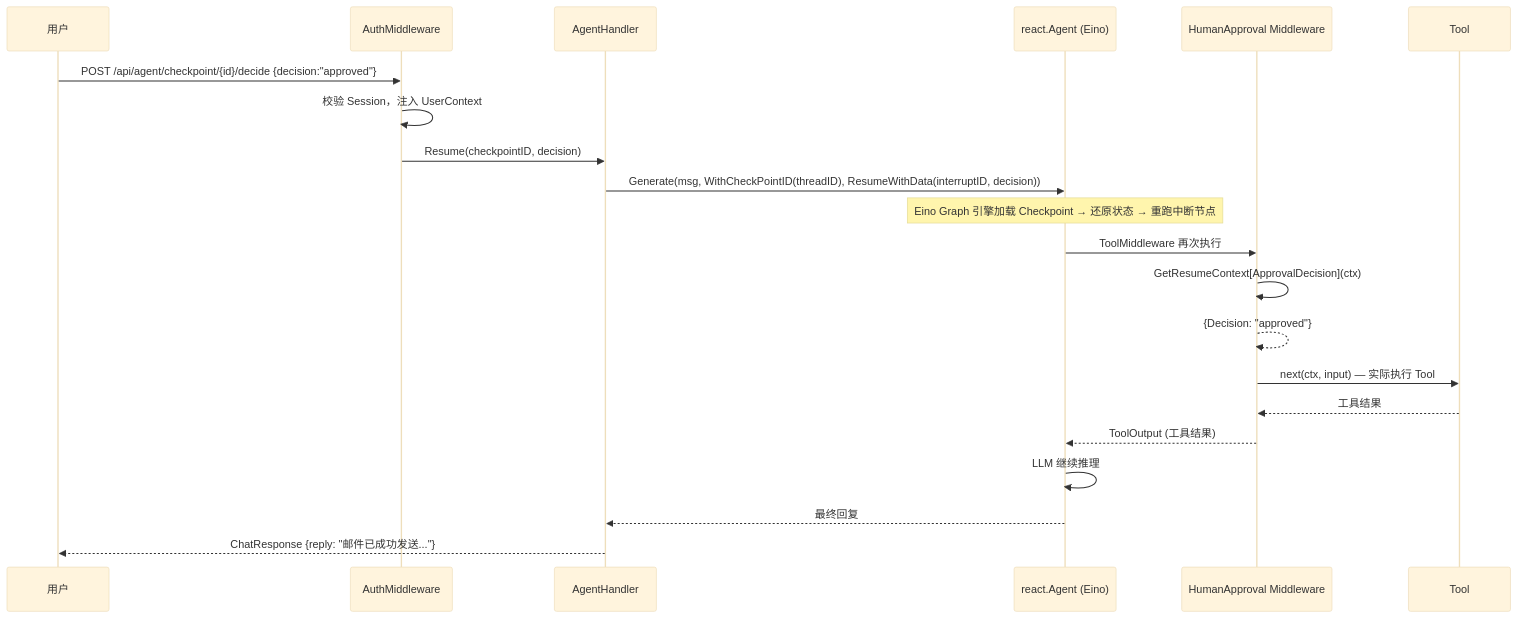
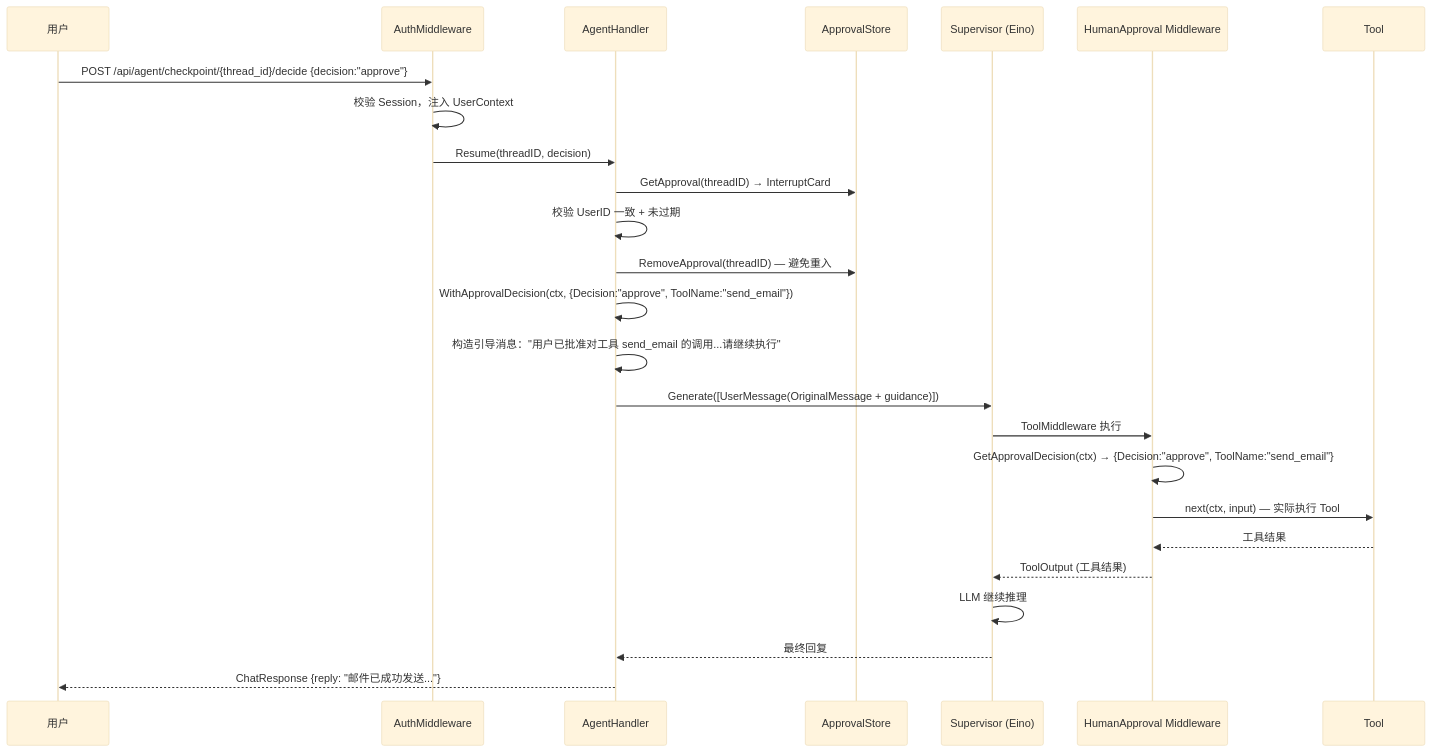
One commit to cling-2/Agent-Basic-Framework changed the third of 5 diagrams in docs/DOC-03.md. Above: the diagram before and after it, drawn with Mermaid (base theme). The commit also changed other lines of this file and 23 other files, not shown here.

````diff
--- a/docs/DOC-03.md
+++ b/docs/DOC-03.md
@@ -227,27 +195,32 @@
 ```mermaid
 sequenceDiagram
     participant U as 用户
     participant MW as AuthMiddleware
     participant H as AgentHandler
-    participant RA as react.Agent (Eino)
+    participant AS as ApprovalStore
+    participant RA as Supervisor (Eino)
     participant HITL as HumanApproval Middleware
     participant T as Tool
 
-    U->>MW: POST /api/agent/checkpoint/{id}/decide {decision:"approved"}
+    U->>MW: POST /api/agent/checkpoint/{thread_id}/decide {decision:"approve"}
     MW->>MW: 校验 Session，注入 UserContext
-    MW->>H: Resume(checkpointID, decision)
-    H->>RA: Generate(msg, WithCheckPointID(threadID), ResumeWithData(interruptID, decision))
+    MW->>H: Resume(threadID, decision)
+    H->>AS: GetApproval(threadID) → InterruptCard
+    H->>H: 校验 UserID 一致 + 未过期
+    H->>AS: RemoveApproval(threadID) — 避免重入
 
-    Note over RA: Eino Graph 引擎加载 Checkpoint → 还原状态 → 重跑中断节点
+    H->>H: WithApprovalDecision(ctx, {Decision:"approve", ToolName:"send_email"})
+    H->>H: 构造引导消息："用户已批准对工具 send_email 的调用...请继续执行"
 
-    RA->>HITL: ToolMiddleware 再次执行
-    HITL->>HITL: GetResumeContext[ApprovalDecision](ctx)
-    HITL-->>HITL: {Decision: "approved"}
+    H->>RA: Generate([UserMessage(OriginalMessage + guidance)])
+
+    RA->>HITL: ToolMiddleware 执行
+    HITL->>HITL: GetApprovalDecision(ctx) → {Decision:"approve", ToolName:"send_email"}
     HITL->>T: next(ctx, input) — 实际执行 Tool
     T-->>HITL: 工具结果
     HITL-->>RA: ToolOutput (工具结果)
 
     RA->>RA: LLM 继续推理
     RA-->>H: 最终回复
     H-->>U: ChatResponse {reply: "邮件已成功发送..."}
 ```
````
